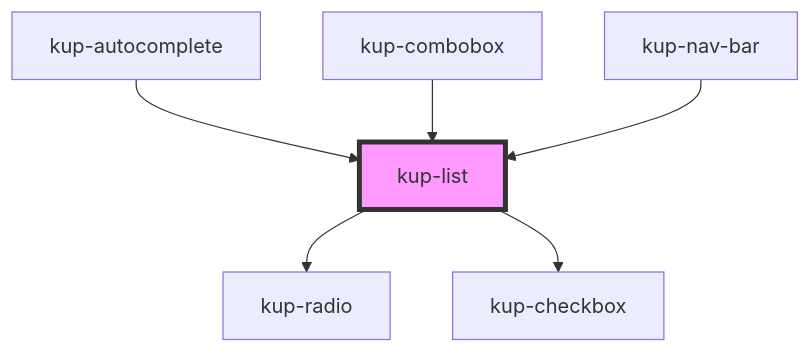
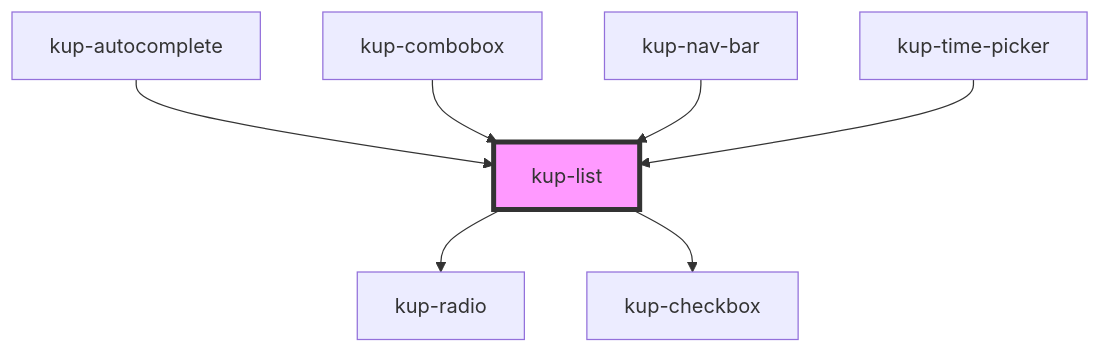
Before and after one commit to smeup/ketchup: the diagram in packages/ketchup/src/components/kup-list/readme.md, drawn with Mermaid. The commit also changed other lines of this file and 34 other files, not shown here.

Commit message:
kup-date-picker and kup-time-picker

````diff
--- a/packages/ketchup/src/components/kup-list/readme.md
+++ b/packages/ketchup/src/components/kup-list/readme.md
@@ -73,9 +74,10 @@
 ```mermaid
 graph TD;
   kup-list --> kup-radio
   kup-list --> kup-checkbox
   kup-autocomplete --> kup-list
   kup-combobox --> kup-list
   kup-nav-bar --> kup-list
+  kup-time-picker --> kup-list
   style kup-list fill:#f9f,stroke:#333,stroke-width:4px
 ```
````
